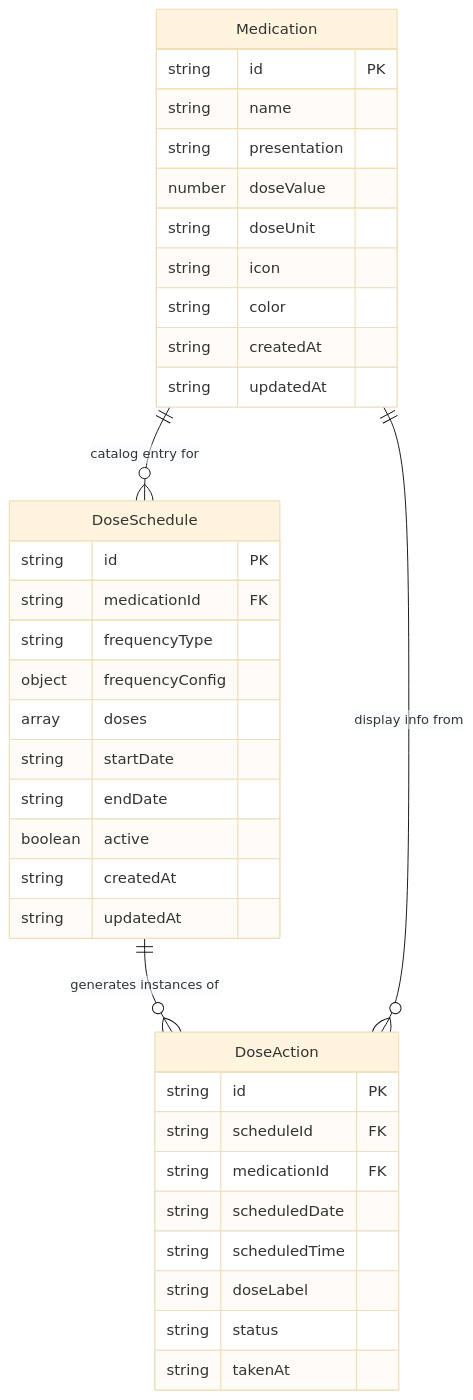
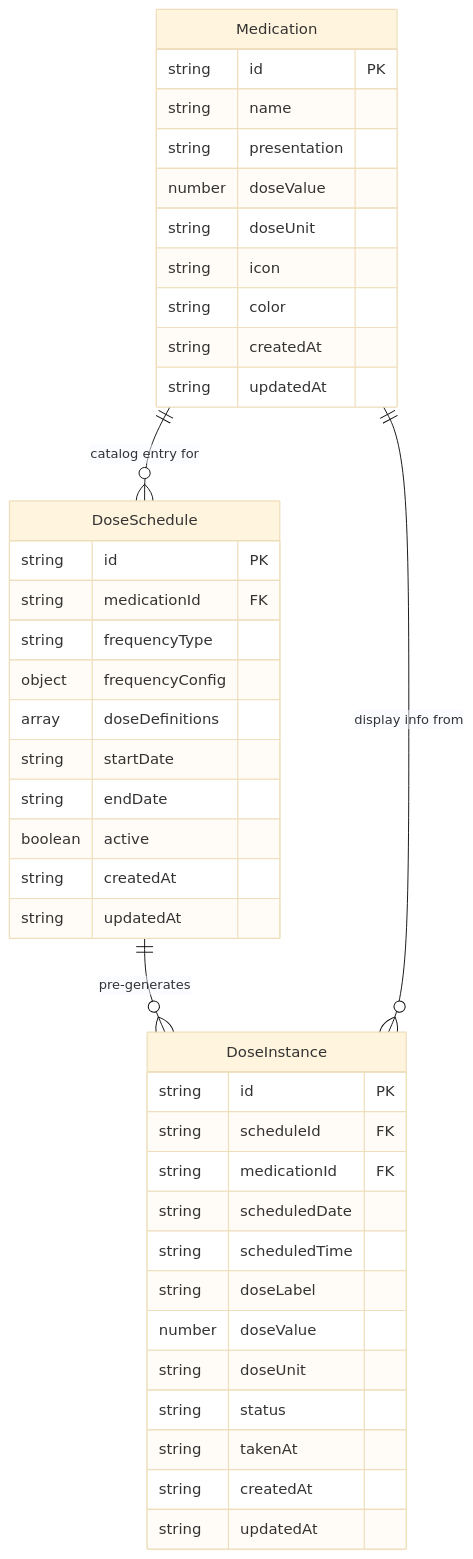
One commit to Audomaro/medi-alert changed the diagram in README.md. Above: the diagram before and after it, drawn with Mermaid (base theme). The commit also changed other lines of this file and 6 other files, not shown here.

First line of the commit message:
dose-wizard: show medication icon and color in picker

````diff
--- a/README.md
+++ b/README.md
@@ -18,42 +18,46 @@
 ```mermaid
 erDiagram
     Medication ||--o{ DoseSchedule : "catalog entry for"
-    DoseSchedule ||--o{ DoseAction : "generates instances of"
-    Medication ||--o{ DoseAction : "display info from"
+    DoseSchedule ||--o{ DoseInstance : "pre-generates"
+    Medication ||--o{ DoseInstance : "display info from"
 
     Medication {
         string id PK
         string name
         string presentation
         number doseValue
         string doseUnit
         string icon
         string color
         string createdAt
         string updatedAt
     }
 
     DoseSchedule {
         string id PK
         string medicationId FK
         string frequencyType
         object frequencyConfig
-        array doses
+        array doseDefinitions
         string startDate
         string endDate
         boolean active
         string createdAt
         string updatedAt
     }
 
-    DoseAction {
+    DoseInstance {
         string id PK
         string scheduleId FK
         string medicationId FK
         string scheduledDate
         string scheduledTime
         string doseLabel
+        number doseValue
+        string doseUnit
         string status
         string takenAt
+        string createdAt
+        string updatedAt
     }
 ```
````
